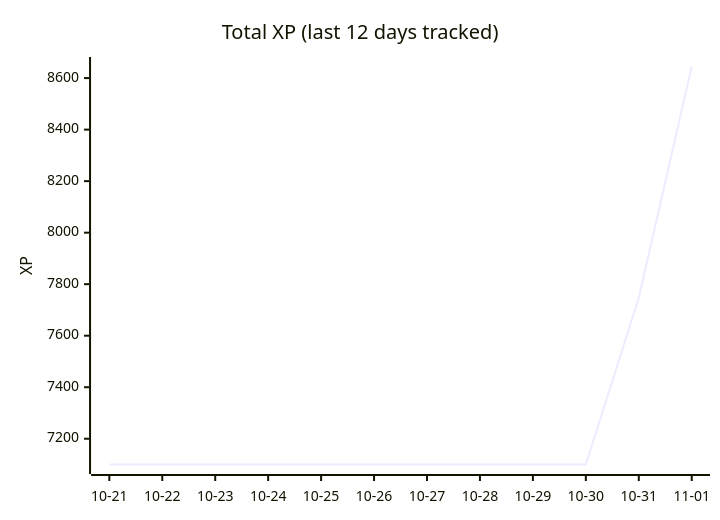
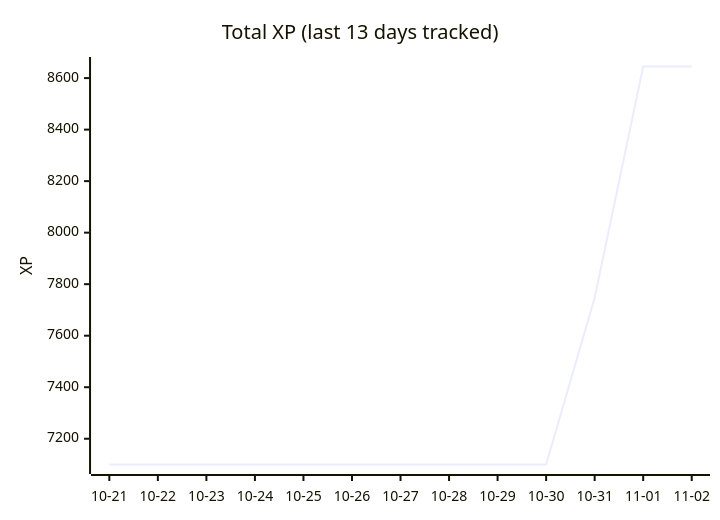
Before and after one commit to ASR222/bootdev-progress: the diagram in README.md, drawn with Mermaid. The commit also changed other lines of this file and 1 other file, not shown here.

Commit message:
Boot.dev progress: 2026-11-01

````diff
--- a/README.md
+++ b/README.md
@@ -14,7 +14,7 @@
 ```mermaid
 xychart-beta
-    title "Total XP (last 12 days tracked)"
-    x-axis ["10-21", "10-22", "10-23", "10-24", "10-25", "10-26", "10-27", "10-28", "10-29", "10-30", "10-31", "11-01"]
+    title "Total XP (last 13 days tracked)"
+    x-axis ["10-21", "10-22", "10-23", "10-24", "10-25", "10-26", "10-27", "10-28", "10-29", "10-30", "10-31", "11-01", "11-02"]
     y-axis "XP"
-    line [7100, 7100, 7100, 7100, 7100, 7100, 7100, 7100, 7100, 7100, 7747, 8645]
+    line [7100, 7100, 7100, 7100, 7100, 7100, 7100, 7100, 7100, 7100, 7747, 8645, 8645]
 ```
````
